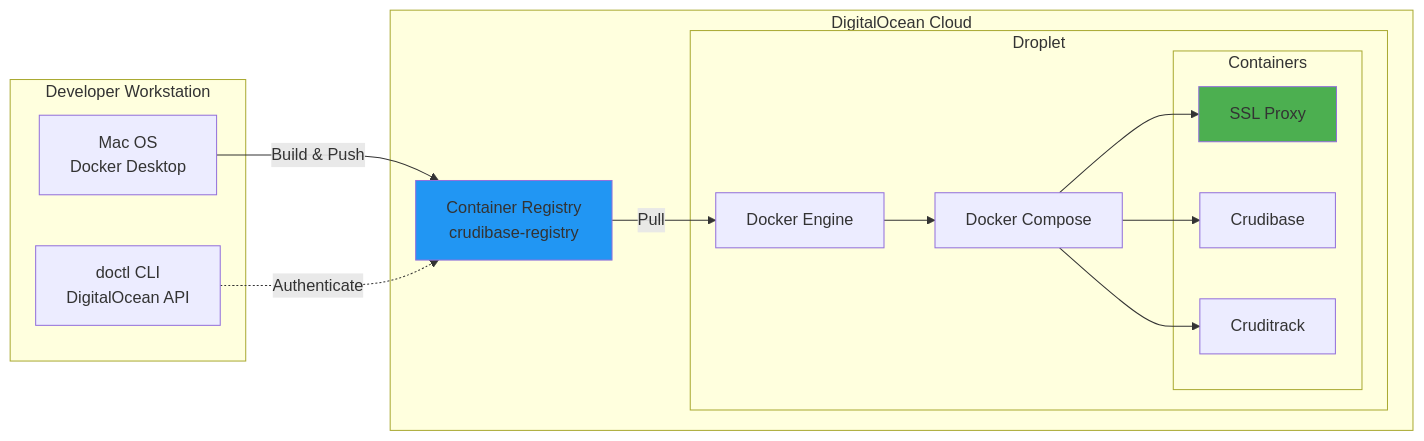
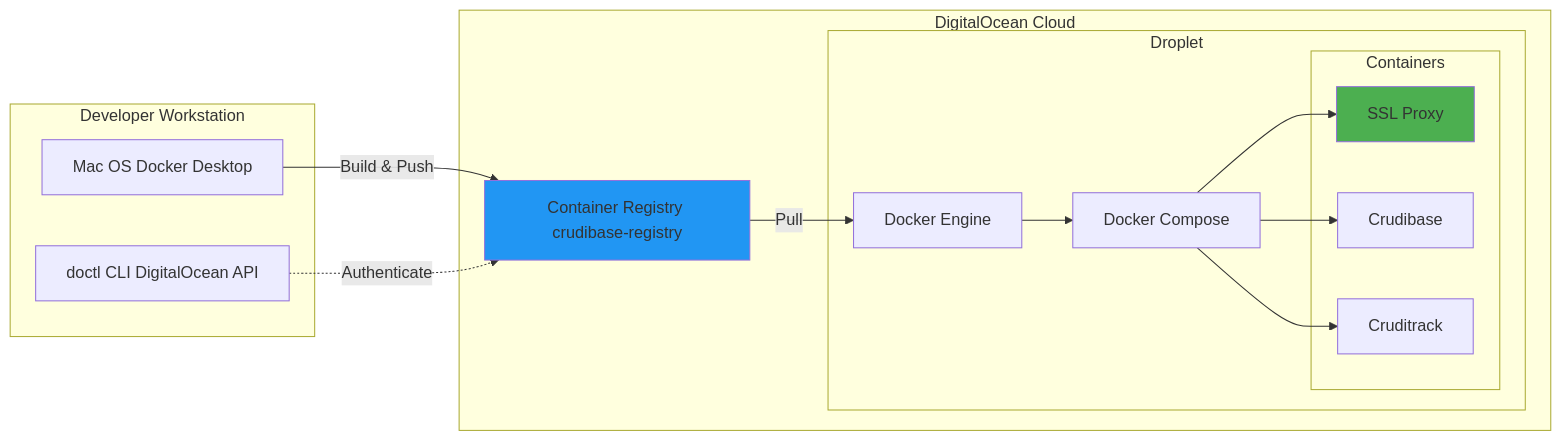
Before and after one commit to softwarewrighter/ssl-proxy-for-do: the second of 9 diagrams in wiki/Deployment-Workflow.md, drawn with Mermaid. The commit also changed other lines of this file and 7 other files, not shown here.

First line of the commit message:
Fix wiki Mermaid diagrams: remove remaining <br/> tags

````diff
--- a/wiki/Deployment-Workflow.md
+++ b/wiki/Deployment-Workflow.md
@@ -63,33 +63,33 @@
 ```mermaid
 graph LR
     subgraph "Developer Workstation"
-        MacOS[Mac OS<br/>Docker Desktop]
-        DOCTL[doctl CLI<br/>DigitalOcean API]
+        MacOS[Mac OS Docker Desktop]
+        DOCTL[doctl CLI DigitalOcean API]
     end
 
     subgraph "DigitalOcean Cloud"
-        Registry[Container Registry<br/>crudibase-registry]
+        Registry[Container Registry crudibase-registry]
 
         subgraph "Droplet"
             Docker[Docker Engine]
             Compose[Docker Compose]
 
             subgraph "Containers"
                 SSLProxy[SSL Proxy]
                 App1[Crudibase]
                 App2[Cruditrack]
             end
         end
     end
 
     MacOS -->|Build & Push| Registry
     DOCTL -.Authenticate.-> Registry
     Registry -->|Pull| Docker
     Docker --> Compose
     Compose --> SSLProxy
     Compose --> App1
     Compose --> App2
 
     style Registry fill:#2196F3
     style SSLProxy fill:#4CAF50
 ```
````
